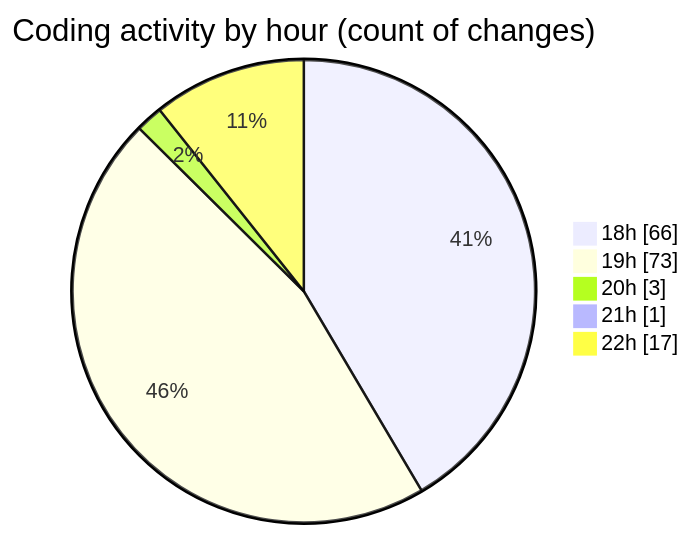
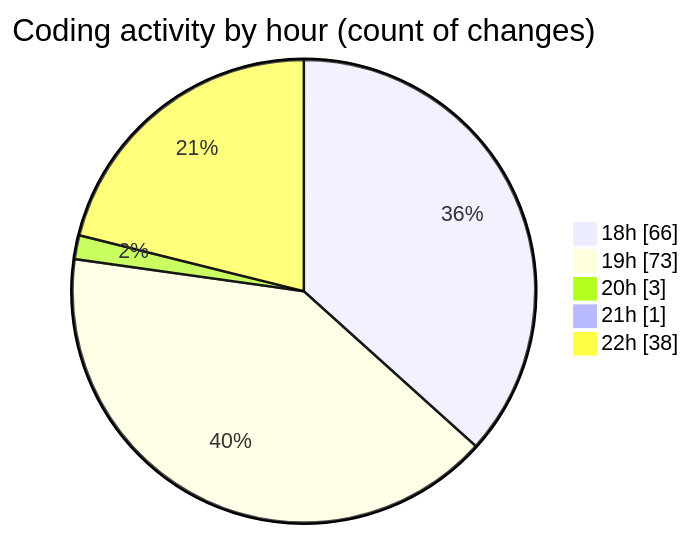
One commit to Ritupan-Deka/code-tracking changed the second of 2 diagrams in 2025-07-16/mern-workoutboard/README.md. Above: the diagram before and after it, drawn with Mermaid. The commit also changed other lines of this file and 1 other file, not shown here.

````diff
--- a/2025-07-16/mern-workoutboard/README.md
+++ b/2025-07-16/mern-workoutboard/README.md
@@ -33,9 +33,9 @@
 ```mermaid
 pie showData
 title Coding activity by hour (count of changes)
 "18h" : 66
 "19h" : 73
 "20h" : 3
 "21h" : 1
-"22h" : 17
+"22h" : 38
 ```
````
